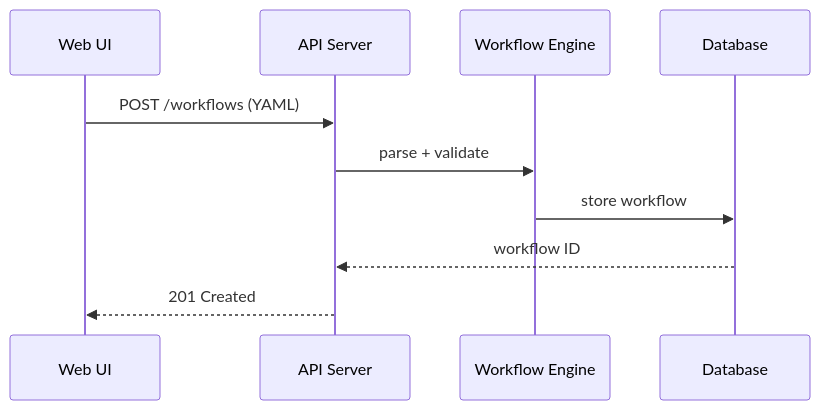
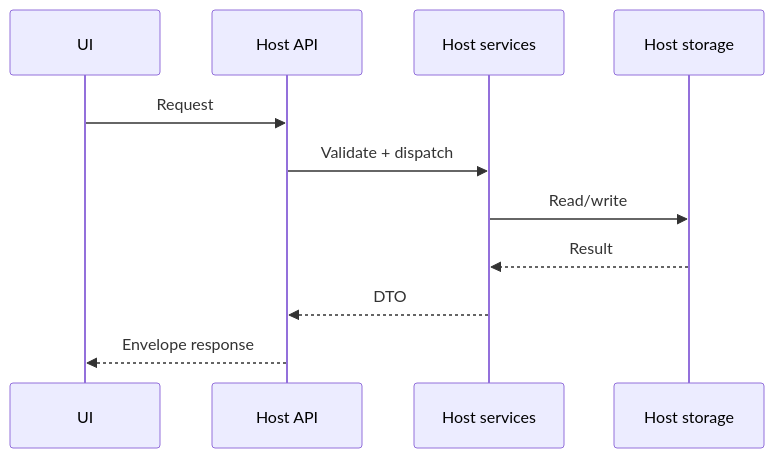
One commit to ldilov/nexus-dnn changed the third of 4 diagrams in docs/architecture.md. Above: the diagram before and after it, drawn with Mermaid. The commit also changed other lines of this file and 102 other files, not shown here.

````diff
--- a/docs/architecture.md
+++ b/docs/architecture.md
@@ -65,12 +94,14 @@
 ```mermaid
 sequenceDiagram
-    participant UI as Web UI
-    participant API as API Server
-    participant WF as Workflow Engine
-    participant DB as Database
-    UI->>API: POST /workflows (YAML)
-    API->>WF: parse + validate
-    WF->>DB: store workflow
-    DB-->>API: workflow ID
-    API-->>UI: 201 Created
+    participant UI as UI
+    participant API as Host API
+    participant Host as Host services
+    participant DB as Host storage
+
+    UI->>API: Request
+    API->>Host: Validate + dispatch
+    Host->>DB: Read/write
+    DB-->>Host: Result
+    Host-->>API: DTO
+    API-->>UI: Envelope response
 ```
````
